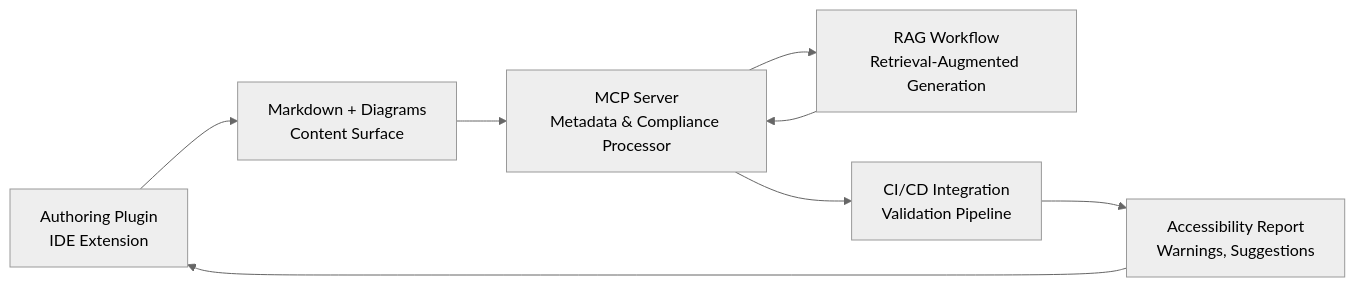
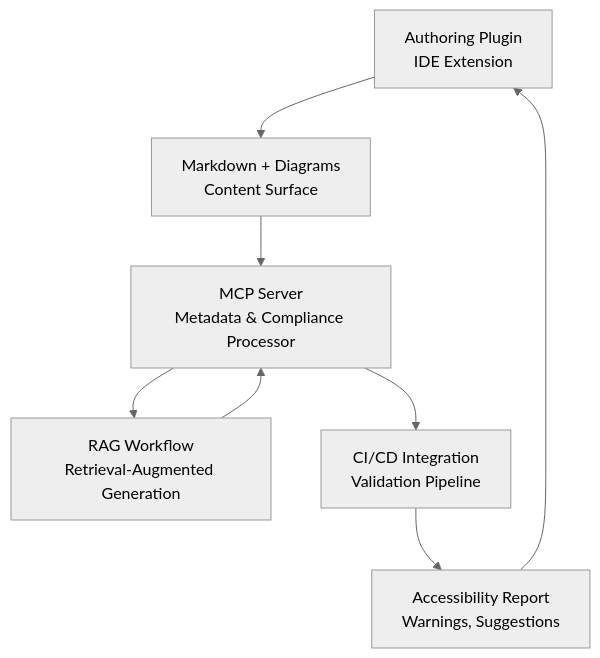
One commit to cassmastern/lers-sandbox changed the second of 2 diagrams in docs/sec_freeform/ai-accessibility.md. Above: the diagram before and after it, drawn with Mermaid (neutral theme). The commit also changed other lines of this file and 4 other files, not shown here.

Commit message:
'graph' instead of 'flowchart' renders better in dark mode (temporary solution)

````diff
--- a/docs/sec_freeform/ai-accessibility.md
+++ b/docs/sec_freeform/ai-accessibility.md
@@ -108,10 +109,10 @@
 ```mermaid
-flowchart LR
+graph TD
     A["Authoring Plugin\nIDE Extension"] --> B["Markdown + Diagrams\nContent Surface"]
     B --> C["MCP Server\nMetadata & Compliance Processor"]
     C --> D["RAG Workflow\nRetrieval-Augmented Generation"]
     D --> C
     C --> E["CI/CD Integration\nValidation Pipeline"]
     E --> F["Accessibility Report\nWarnings, Suggestions"]
     F --> A
 ```
````
